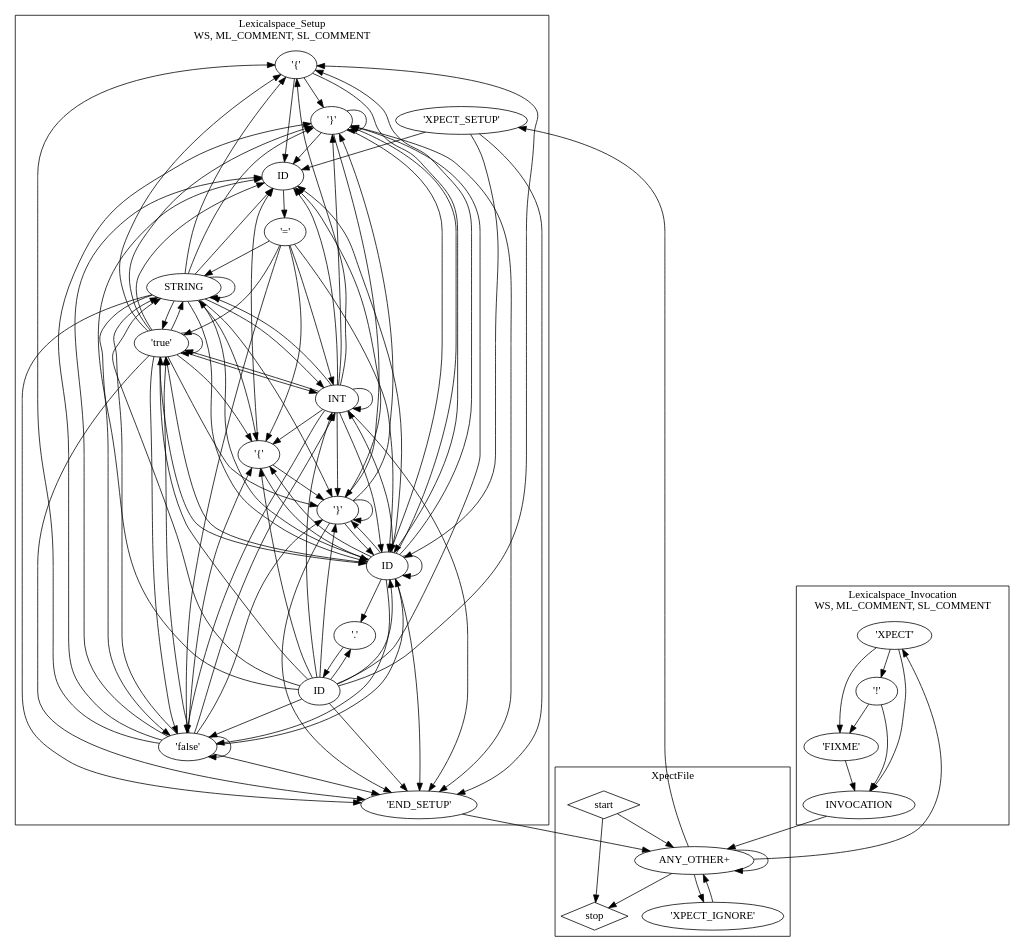
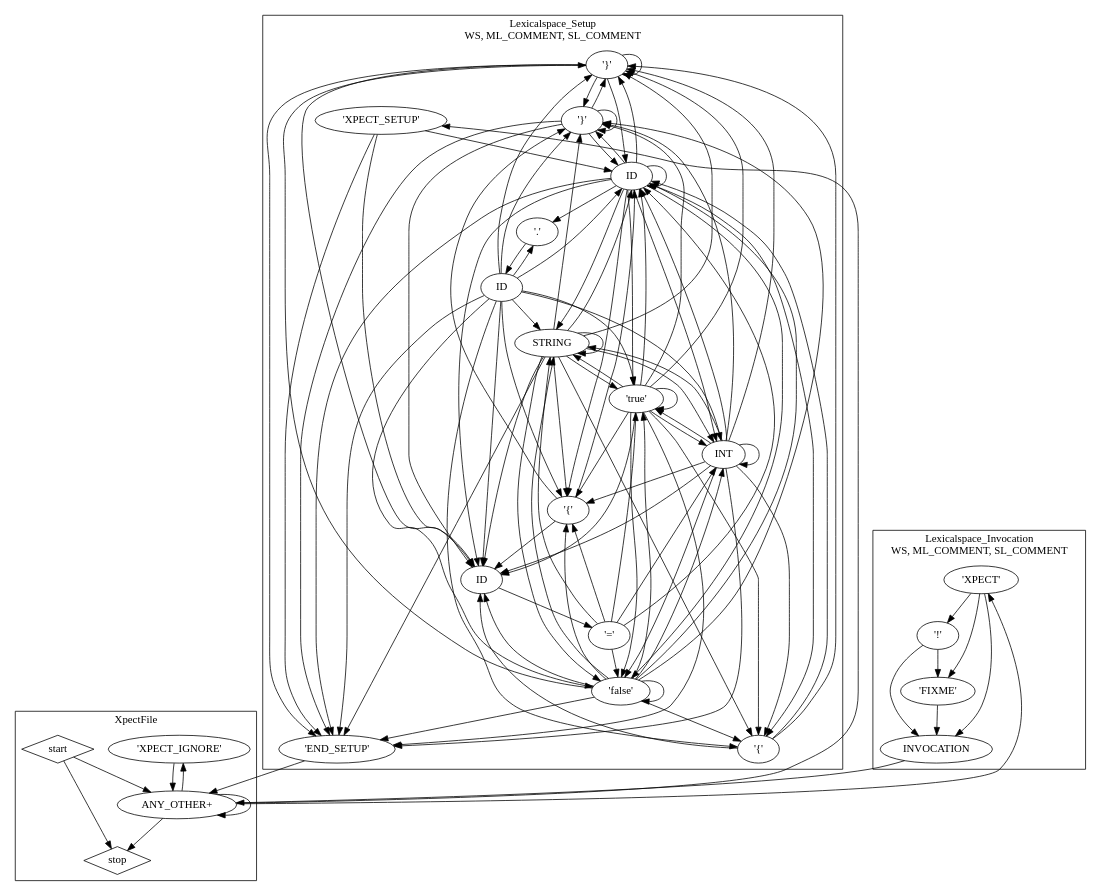
Before and after one commit to tjeske/Xpect: the diagram in org.eclipse.xpect.ui/src-gen/org/eclipse/xpect/lexer/XpectCAGrammarNfa.dot, drawn with Graphviz. The commit also changed 95 other files, not shown here.

```diff
--- a/org.eclipse.xpect.ui/src-gen/org/eclipse/xpect/lexer/XpectCAGrammarNfa.dot
+++ b/org.eclipse.xpect.ui/src-gen/org/eclipse/xpect/lexer/XpectCAGrammarNfa.dot
@@ -1,150 +1,150 @@
 ## This is a Graphviz .dot file (http://www.graphviz.org/)
 ## You can use the command 'dot -Tpdf this.dot > out.pdf' to render it.
 digraph G {
-subgraph cluster_lexicalgroup50297459 {
-label="Lexicalspace_Setup\nWS, ML_COMMENT, SL_COMMENT";
-tokennfastate1663411526 [label="'{'"];
-tokennfastate2013424197 [label=STRING];
-tokennfastate1449912962 [label="'}'"];
-tokennfastate200704889 [label=ID];
-tokennfastate1260967815 [label="'.'"];
-tokennfastate1948971322 [label=ID];
-tokennfastate323100336 [label="'='"];
-tokennfastate1196005594 [label="'}'"];
-tokennfastate486884531 [label="'false'"];
-tokennfastate584573217 [label="'{'"];
-tokennfastate1761861940 [label="'END_SETUP'"];
-tokennfastate2010244873 [label=INT];
-tokennfastate1614100844 [label=ID];
-tokennfastate514944587 [label="'true'"];
-tokennfastate1635523266 [label="'XPECT_SETUP'"];
+subgraph cluster_lexicalgroup440472115 {
+label="XpectFile\n";
+tokennfastate1594694157 [label="'XPECT_IGNORE'"];
+tokennfastate519335676 [shape=diamond,label=start];
+tokennfastate1985323778 [shape=diamond,label=stop];
+tokennfastate1687665704 [label="ANY_OTHER+"];
 }
 
-subgraph cluster_lexicalgroup236055802 {
-label="XpectFile\n";
-tokennfastate1347473278 [shape=diamond,label=start];
-tokennfastate1831624194 [label="ANY_OTHER+"];
-tokennfastate834001734 [label="'XPECT_IGNORE'"];
-tokennfastate1880091792 [shape=diamond,label=stop];
+subgraph cluster_lexicalgroup1300528434 {
+label="Lexicalspace_Setup\nWS, ML_COMMENT, SL_COMMENT";
+tokennfastate1936734576 [label="'}'"];
+tokennfastate902161605 [label="'END_SETUP'"];
+tokennfastate370068367 [label="'='"];
+tokennfastate1228156855 [label=ID];
+tokennfastate1980134912 [label="'}'"];
+tokennfastate568619212 [label="'.'"];
+tokennfastate679270834 [label=ID];
+tokennfastate469719760 [label="'false'"];
+tokennfastate695361920 [label="'{'"];
+tokennfastate1048816507 [label="'{'"];
+tokennfastate537024440 [label=INT];
+tokennfastate1351326742 [label="'XPECT_SETUP'"];
+tokennfastate68988673 [label="'true'"];
+tokennfastate1469850818 [label=STRING];
+tokennfastate1850936524 [label=ID];
 }
 
-subgraph cluster_lexicalgroup1874542689 {
+subgraph cluster_lexicalgroup1792088662 {
 label="Lexicalspace_Invocation\nWS, ML_COMMENT, SL_COMMENT";
-tokennfastate1747471609 [label="'FIXME'"];
-tokennfastate2085961313 [label="'XPECT'"];
-tokennfastate637301446 [label="'!'"];
-tokennfastate144616229 [label=INVOCATION];
+tokennfastate2041436524 [label="'!'"];
+tokennfastate142342328 [label="'XPECT'"];
+tokennfastate2068690053 [label="'FIXME'"];
+tokennfastate1521300147 [label=INVOCATION];
 }
 
-tokennfastate1663411526->tokennfastate1449912962 [];
-tokennfastate1663411526->tokennfastate1948971322 [];
-tokennfastate1663411526->tokennfastate200704889 [];
-tokennfastate2013424197->tokennfastate584573217 [];
-tokennfastate2013424197->tokennfastate1449912962 [];
-tokennfastate2013424197->tokennfastate1948971322 [];
-tokennfastate2013424197->tokennfastate200704889 [];
-tokennfastate2013424197->tokennfastate1196005594 [];
-tokennfastate2013424197->tokennfastate1761861940 [];
-tokennfastate2013424197->tokennfastate1663411526 [];
-tokennfastate2013424197->tokennfastate514944587 [];
-tokennfastate2013424197->tokennfastate486884531 [];
-tokennfastate2013424197->tokennfastate2010244873 [];
-tokennfastate2013424197->tokennfastate2013424197 [];
-tokennfastate1449912962->tokennfastate1761861940 [];
-tokennfastate1449912962->tokennfastate1948971322 [];
-tokennfastate1449912962->tokennfastate200704889 [];
-tokennfastate1449912962->tokennfastate1449912962 [];
-tokennfastate1449912962->tokennfastate1196005594 [];
-tokennfastate200704889->tokennfastate323100336 [];
-tokennfastate1260967815->tokennfastate1614100844 [];
-tokennfastate1948971322->tokennfastate1761861940 [];
-tokennfastate1948971322->tokennfastate1948971322 [];
-tokennfastate1948971322->tokennfastate200704889 [];
-tokennfastate1948971322->tokennfastate1260967815 [];
-tokennfastate1948971322->tokennfastate1449912962 [];
-tokennfastate1948971322->tokennfastate1196005594 [];
-tokennfastate1948971322->tokennfastate514944587 [];
-tokennfastate1948971322->tokennfastate486884531 [];
-tokennfastate1948971322->tokennfastate2010244873 [];
-tokennfastate1948971322->tokennfastate2013424197 [];
-tokennfastate1948971322->tokennfastate584573217 [];
-tokennfastate1948971322->tokennfastate1663411526 [];
-tokennfastate323100336->tokennfastate1948971322 [];
-tokennfastate323100336->tokennfastate584573217 [];
-tokennfastate323100336->tokennfastate514944587 [];
-tokennfastate323100336->tokennfastate486884531 [];
-tokennfastate323100336->tokennfastate2010244873 [];
-tokennfastate323100336->tokennfastate2013424197 [];
-tokennfastate1196005594->tokennfastate1449912962 [];
-tokennfastate1196005594->tokennfastate1948971322 [];
-tokennfastate1196005594->tokennfastate200704889 [];
-tokennfastate1196005594->tokennfastate1196005594 [];
-tokennfastate1196005594->tokennfastate1761861940 [];
-tokennfastate486884531->tokennfastate584573217 [];
-tokennfastate486884531->tokennfastate1449912962 [];
-tokennfastate486884531->tokennfastate1948971322 [];
-tokennfastate486884531->tokennfastate200704889 [];
-tokennfastate486884531->tokennfastate1196005594 [];
-tokennfastate486884531->tokennfastate1761861940 [];
-tokennfastate486884531->tokennfastate1663411526 [];
-tokennfastate486884531->tokennfastate514944587 [];
-tokennfastate486884531->tokennfastate486884531 [];
-tokennfastate486884531->tokennfastate2010244873 [];
-tokennfastate486884531->tokennfastate2013424197 [];
-tokennfastate584573217->tokennfastate1196005594 [];
-tokennfastate584573217->tokennfastate200704889 [];
-tokennfastate584573217->tokennfastate1948971322 [];
-tokennfastate1761861940->tokennfastate1831624194 [];
-tokennfastate2010244873->tokennfastate584573217 [];
-tokennfastate2010244873->tokennfastate1449912962 [];
-tokennfastate2010244873->tokennfastate1948971322 [];
-tokennfastate2010244873->tokennfastate200704889 [];
-tokennfastate2010244873->tokennfastate1196005594 [];
-tokennfastate2010244873->tokennfastate1761861940 [];
-tokennfastate2010244873->tokennfastate1663411526 [];
-tokennfastate2010244873->tokennfastate514944587 [];
-tokennfastate2010244873->tokennfastate486884531 [];
-tokennfastate2010244873->tokennfastate2010244873 [];
-tokennfastate2010244873->tokennfastate2013424197 [];
-tokennfastate1614100844->tokennfastate1663411526 [];
-tokennfastate1614100844->tokennfastate514944587 [];
-tokennfastate1614100844->tokennfastate486884531 [];
-tokennfastate1614100844->tokennfastate2010244873 [];
-tokennfastate1614100844->tokennfastate2013424197 [];
-tokennfastate1614100844->tokennfastate1449912962 [];
-tokennfastate1614100844->tokennfastate1948971322 [];
-tokennfastate1614100844->tokennfastate200704889 [];
-tokennfastate1614100844->tokennfastate1196005594 [];
-tokennfastate1614100844->tokennfastate1761861940 [];
-tokennfastate1614100844->tokennfastate584573217 [];
-tokennfastate1614100844->tokennfastate1260967815 [];
-tokennfastate514944587->tokennfastate584573217 [];
-tokennfastate514944587->tokennfastate1449912962 [];
-tokennfastate514944587->tokennfastate1948971322 [];
-tokennfastate514944587->tokennfastate200704889 [];
-tokennfastate514944587->tokennfastate1196005594 [];
-tokennfastate514944587->tokennfastate1761861940 [];
-tokennfastate514944587->tokennfastate1663411526 [];
-tokennfastate514944587->tokennfastate514944587 [];
-tokennfastate514944587->tokennfastate486884531 [];
-tokennfastate514944587->tokennfastate2010244873 [];
-tokennfastate514944587->tokennfastate2013424197 [];
-tokennfastate1635523266->tokennfastate1761861940 [];
-tokennfastate1635523266->tokennfastate1948971322 [];
-tokennfastate1635523266->tokennfastate200704889 [];
-tokennfastate1347473278->tokennfastate1880091792 [];
-tokennfastate1347473278->tokennfastate1831624194 [];
-tokennfastate1831624194->tokennfastate834001734 [];
-tokennfastate1831624194->tokennfastate1635523266 [];
-tokennfastate1831624194->tokennfastate2085961313 [];
-tokennfastate1831624194->tokennfastate1880091792 [];
-tokennfastate1831624194->tokennfastate1831624194 [];
-tokennfastate834001734->tokennfastate1831624194 [];
-tokennfastate1747471609->tokennfastate144616229 [];
-tokennfastate2085961313->tokennfastate144616229 [];
-tokennfastate2085961313->tokennfastate637301446 [];
-tokennfastate2085961313->tokennfastate1747471609 [];
-tokennfastate637301446->tokennfastate144616229 [];
-tokennfastate637301446->tokennfastate1747471609 [];
-tokennfastate144616229->tokennfastate1831624194 [];
+tokennfastate1594694157->tokennfastate1687665704 [];
+tokennfastate519335676->tokennfastate1985323778 [];
+tokennfastate519335676->tokennfastate1687665704 [];
+tokennfastate1687665704->tokennfastate1594694157 [];
+tokennfastate1687665704->tokennfastate1351326742 [];
+tokennfastate1687665704->tokennfastate142342328 [];
+tokennfastate1687665704->tokennfastate1985323778 [];
+tokennfastate1687665704->tokennfastate1687665704 [];
+tokennfastate1936734576->tokennfastate902161605 [];
+tokennfastate1936734576->tokennfastate1850936524 [];
+tokennfastate1936734576->tokennfastate679270834 [];
+tokennfastate1936734576->tokennfastate1936734576 [];
+tokennfastate1936734576->tokennfastate1980134912 [];
+tokennfastate902161605->tokennfastate1687665704 [];
+tokennfastate370068367->tokennfastate1850936524 [];
+tokennfastate370068367->tokennfastate1048816507 [];
+tokennfastate370068367->tokennfastate68988673 [];
+tokennfastate370068367->tokennfastate469719760 [];
+tokennfastate370068367->tokennfastate537024440 [];
+tokennfastate370068367->tokennfastate1469850818 [];
+tokennfastate1228156855->tokennfastate695361920 [];
+tokennfastate1228156855->tokennfastate68988673 [];
+tokennfastate1228156855->tokennfastate469719760 [];
+tokennfastate1228156855->tokennfastate537024440 [];
+tokennfastate1228156855->tokennfastate1469850818 [];
+tokennfastate1228156855->tokennfastate1936734576 [];
+tokennfastate1228156855->tokennfastate1850936524 [];
+tokennfastate1228156855->tokennfastate679270834 [];
+tokennfastate1228156855->tokennfastate1980134912 [];
+tokennfastate1228156855->tokennfastate902161605 [];
+tokennfastate1228156855->tokennfastate1048816507 [];
+tokennfastate1228156855->tokennfastate568619212 [];
+tokennfastate1980134912->tokennfastate1936734576 [];
+tokennfastate1980134912->tokennfastate1850936524 [];
+tokennfastate1980134912->tokennfastate679270834 [];
+tokennfastate1980134912->tokennfastate1980134912 [];
+tokennfastate1980134912->tokennfastate902161605 [];
+tokennfastate568619212->tokennfastate1228156855 [];
+tokennfastate679270834->tokennfastate370068367 [];
+tokennfastate469719760->tokennfastate1048816507 [];
+tokennfastate469719760->tokennfastate1936734576 [];
+tokennfastate469719760->tokennfastate1850936524 [];
+tokennfastate469719760->tokennfastate679270834 [];
+tokennfastate469719760->tokennfastate1980134912 [];
+tokennfastate469719760->tokennfastate902161605 [];
+tokennfastate469719760->tokennfastate695361920 [];
+tokennfastate469719760->tokennfastate68988673 [];
+tokennfastate469719760->tokennfastate469719760 [];
+tokennfastate469719760->tokennfastate537024440 [];
+tokennfastate469719760->tokennfastate1469850818 [];
+tokennfastate695361920->tokennfastate1936734576 [];
+tokennfastate695361920->tokennfastate1850936524 [];
+tokennfastate695361920->tokennfastate679270834 [];
+tokennfastate1048816507->tokennfastate1980134912 [];
+tokennfastate1048816507->tokennfastate679270834 [];
+tokennfastate1048816507->tokennfastate1850936524 [];
+tokennfastate537024440->tokennfastate1048816507 [];
+tokennfastate537024440->tokennfastate1936734576 [];
+tokennfastate537024440->tokennfastate1850936524 [];
+tokennfastate537024440->tokennfastate679270834 [];
+tokennfastate537024440->tokennfastate1980134912 [];
+tokennfastate537024440->tokennfastate902161605 [];
+tokennfastate537024440->tokennfastate695361920 [];
+tokennfastate537024440->tokennfastate68988673 [];
+tokennfastate537024440->tokennfastate469719760 [];
+tokennfastate537024440->tokennfastate537024440 [];
+tokennfastate537024440->tokennfastate1469850818 [];
+tokennfastate1351326742->tokennfastate902161605 [];
+tokennfastate1351326742->tokennfastate1850936524 [];
+tokennfastate1351326742->tokennfastate679270834 [];
+tokennfastate68988673->tokennfastate1048816507 [];
+tokennfastate68988673->tokennfastate1936734576 [];
+tokennfastate68988673->tokennfastate1850936524 [];
+tokennfastate68988673->tokennfastate679270834 [];
+tokennfastate68988673->tokennfastate1980134912 [];
+tokennfastate68988673->tokennfastate902161605 [];
+tokennfastate68988673->tokennfastate695361920 [];
+tokennfastate68988673->tokennfastate68988673 [];
+tokennfastate68988673->tokennfastate469719760 [];
+tokennfastate68988673->tokennfastate537024440 [];
+tokennfastate68988673->tokennfastate1469850818 [];
+tokennfastate1469850818->tokennfastate1048816507 [];
+tokennfastate1469850818->tokennfastate1936734576 [];
+tokennfastate1469850818->tokennfastate1850936524 [];
+tokennfastate1469850818->tokennfastate679270834 [];
+tokennfastate1469850818->tokennfastate1980134912 [];
+tokennfastate1469850818->tokennfastate902161605 [];
+tokennfastate1469850818->tokennfastate695361920 [];
+tokennfastate1469850818->tokennfastate68988673 [];
+tokennfastate1469850818->tokennfastate469719760 [];
+tokennfastate1469850818->tokennfastate537024440 [];
+tokennfastate1469850818->tokennfastate1469850818 [];
+tokennfastate1850936524->tokennfastate902161605 [];
+tokennfastate1850936524->tokennfastate1850936524 [];
+tokennfastate1850936524->tokennfastate679270834 [];
+tokennfastate1850936524->tokennfastate568619212 [];
+tokennfastate1850936524->tokennfastate1936734576 [];
+tokennfastate1850936524->tokennfastate1980134912 [];
+tokennfastate1850936524->tokennfastate68988673 [];
+tokennfastate1850936524->tokennfastate469719760 [];
+tokennfastate1850936524->tokennfastate537024440 [];
+tokennfastate1850936524->tokennfastate1469850818 [];
+tokennfastate1850936524->tokennfastate1048816507 [];
+tokennfastate1850936524->tokennfastate695361920 [];
+tokennfastate2041436524->tokennfastate1521300147 [];
+tokennfastate2041436524->tokennfastate2068690053 [];
+tokennfastate142342328->tokennfastate1521300147 [];
+tokennfastate142342328->tokennfastate2041436524 [];
+tokennfastate142342328->tokennfastate2068690053 [];
+tokennfastate2068690053->tokennfastate1521300147 [];
+tokennfastate1521300147->tokennfastate1687665704 [];
 }
```
